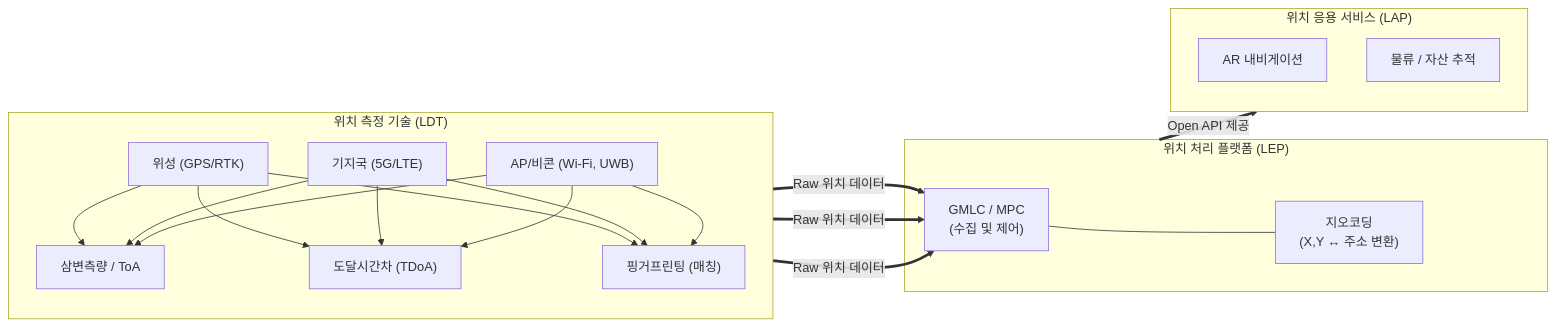
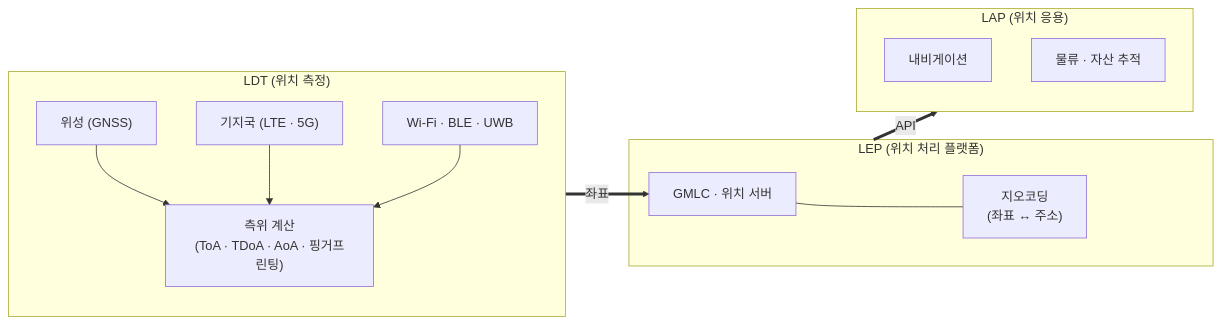
Before and after one commit to supremethumb/supremethumb.github.io: the diagram in content/01_IT Tech/측위기술.md, drawn with Mermaid. The commit also changed other lines of this file and 1087 other files, not shown here.

````diff
--- a/content/01_IT Tech/측위기술.md
+++ b/content/01_IT Tech/측위기술.md
@@ -28,30 +35,24 @@
 ```mermaid
 flowchart LR
-    subgraph LDT["위치 측정 기술 (LDT)"]
+    subgraph LDT["LDT (위치 측정)"]
         direction TB
-        S1["위성 (GPS/RTK)"]
-        S2["기지국 (5G/LTE)"]
-        S3["AP/비콘 (Wi-Fi, UWB)"]
-        
-        M1["삼변측량 / ToA"]
-        M2["도달시간차 (TDoA)"]
-        M3["핑거프린팅 (매칭)"]
-        
-        S1 & S2 & S3 --> M1 & M2 & M3
+        S1["위성 (GNSS)"]
+        S2["기지국 (LTE · 5G)"]
+        S3["Wi-Fi · BLE · UWB"]
+        M["측위 계산<br/>(ToA · TDoA · AoA · 핑거프린팅)"]
+        S1 --> M
+        S2 --> M
+        S3 --> M
     end
-    
-    subgraph LEP["위치 처리 플랫폼 (LEP)"]
-        P1["GMLC / MPC<br/>(수집 및 제어)"]
-        P2["지오코딩<br/>(X,Y ↔ 주소 변환)"]
+    subgraph LEP["LEP (위치 처리 플랫폼)"]
+        P1["GMLC · 위치 서버"]
+        P2["지오코딩<br/>(좌표 ↔ 주소)"]
         P1 --- P2
     end
-    
-    subgraph LAP["위치 응용 서비스 (LAP)"]
-        A1["AR 내비게이션"]
-        A2["물류 / 자산 추적"]
+    subgraph LAP["LAP (위치 응용)"]
+        A1["내비게이션"]
+        A2["물류 · 자산 추적"]
     end
-
-    M1 & M2 & M3 == "Raw 위치 데이터" ==> P1
-    LEP == "Open API 제공" ==> LAP
-
+    M ==>|"좌표"| P1
+    LEP ==>|"API"| LAP
 ```
````
